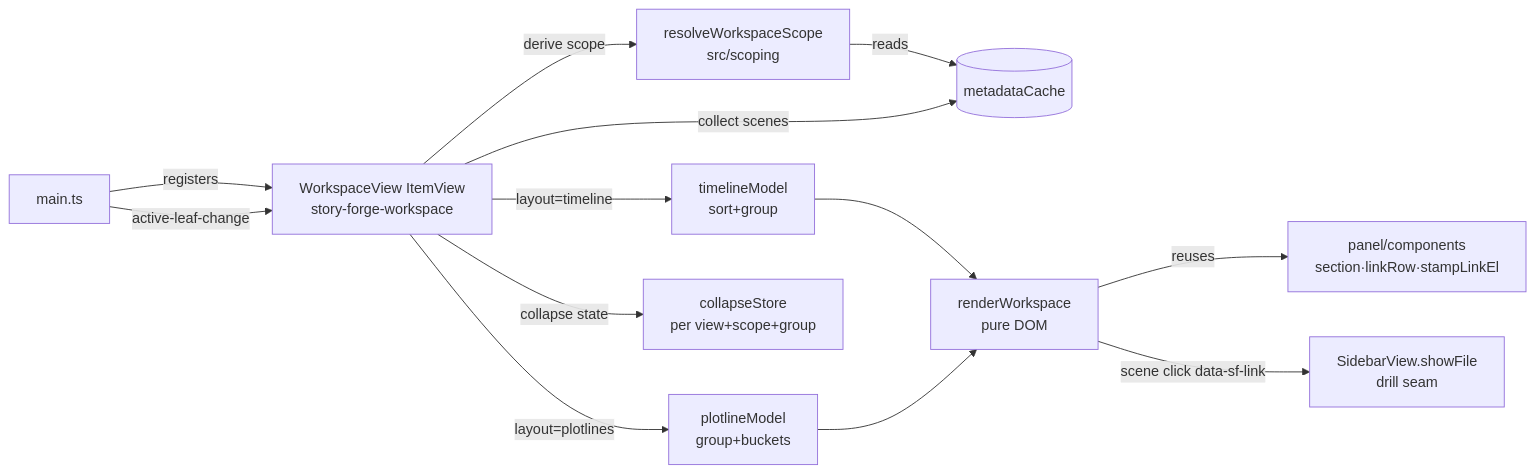
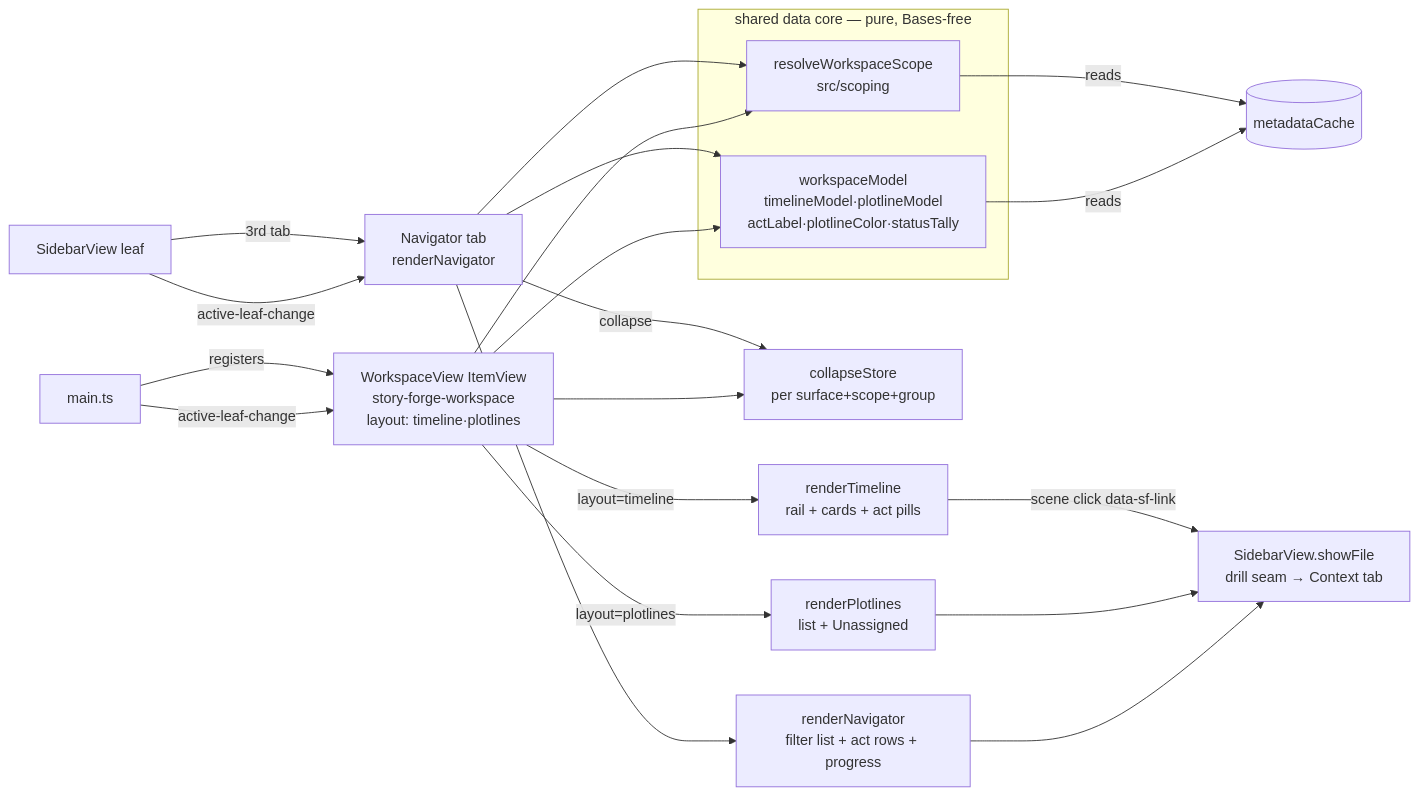
Before and after one commit to MMoMM-org/obsidian-story-forge: the first of 2 diagrams in docs/XDD/specs/006-declarative-views/solution.md, drawn with Mermaid. The commit also changed other lines of this file and 9 other files, not shown here.

First line of the commit message:
docs(spec-006): reground on StoryLine design — Navigator + rail/list

````diff
--- a/docs/XDD/specs/006-declarative-views/solution.md
+++ b/docs/XDD/specs/006-declarative-views/solution.md
@@ -172,15 +193,29 @@
 ```mermaid
 graph LR
-    Main[main.ts] -->|registers| WV[WorkspaceView ItemView<br/>story-forge-workspace]
+    Main[main.ts] -->|registers| WV[WorkspaceView ItemView<br/>story-forge-workspace<br/>layout: timeline·plotlines]
     Main -->|active-leaf-change| WV
-    WV -->|derive scope| Scope[resolveWorkspaceScope<br/>src/scoping]
+    SB[SidebarView leaf] -->|3rd tab| NAV[Navigator tab<br/>renderNavigator]
+    SB -->|active-leaf-change| NAV
+
+    subgraph core[shared data core — pure, Bases-free]
+      Scope[resolveWorkspaceScope<br/>src/scoping]
+      Model[workspaceModel<br/>timelineModel·plotlineModel<br/>actLabel·plotlineColor·statusTally]
+    end
+
+    NAV --> Scope
+    WV --> Scope
     Scope -->|reads| MC[(metadataCache)]
-    WV -->|collect scenes| MC
-    WV -->|layout=timeline| TL[timelineModel<br/>sort+group]
-    WV -->|layout=plotlines| PL[plotlineModel<br/>group+buckets]
-    TL --> R[renderWorkspace<br/>pure DOM]
-    PL --> R
-    R -->|reuses| C[panel/components<br/>section·linkRow·stampLinkEl]
-    R -->|scene click data-sf-link| SB[SidebarView.showFile<br/>drill seam]
-    WV -->|collapse state| CS[collapseStore<br/>per view+scope+group]
+    NAV --> Model
+    WV --> Model
+    Model -->|reads| MC
+
+    WV -->|layout=timeline| RT[renderTimeline<br/>rail + cards + act pills]
+    WV -->|layout=plotlines| RP[renderPlotlines<br/>list + Unassigned]
+    NAV --> RN[renderNavigator<br/>filter list + act rows + progress]
+
+    RT -->|scene click data-sf-link| DR[SidebarView.showFile<br/>drill seam → Context tab]
+    RP --> DR
+    RN --> DR
+    NAV -->|collapse| CS[collapseStore<br/>per surface+scope+group]
+    WV --> CS
 ```
````
